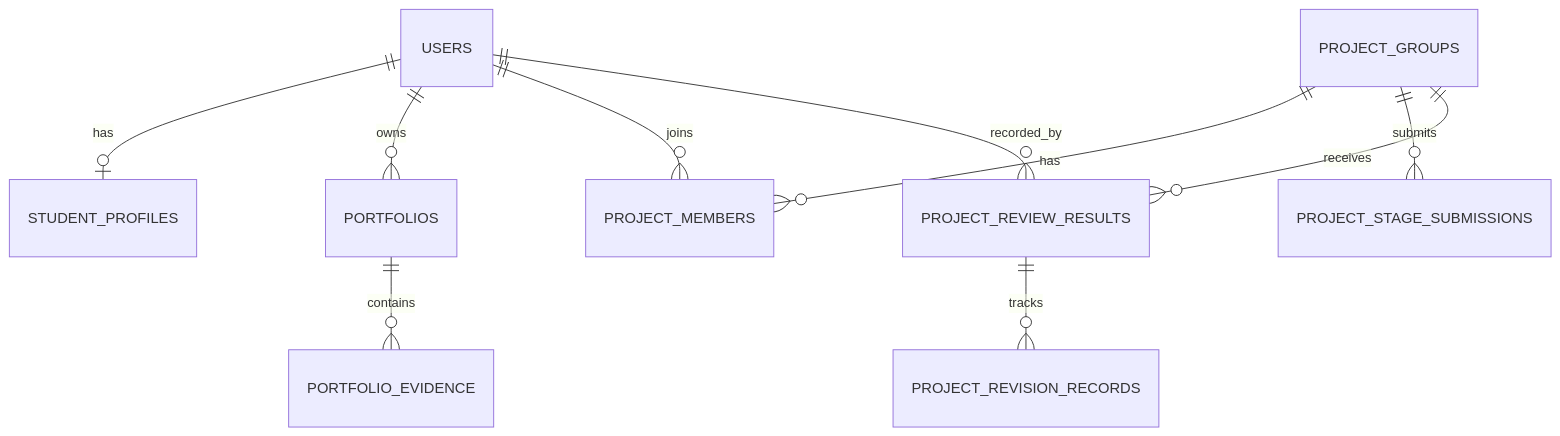
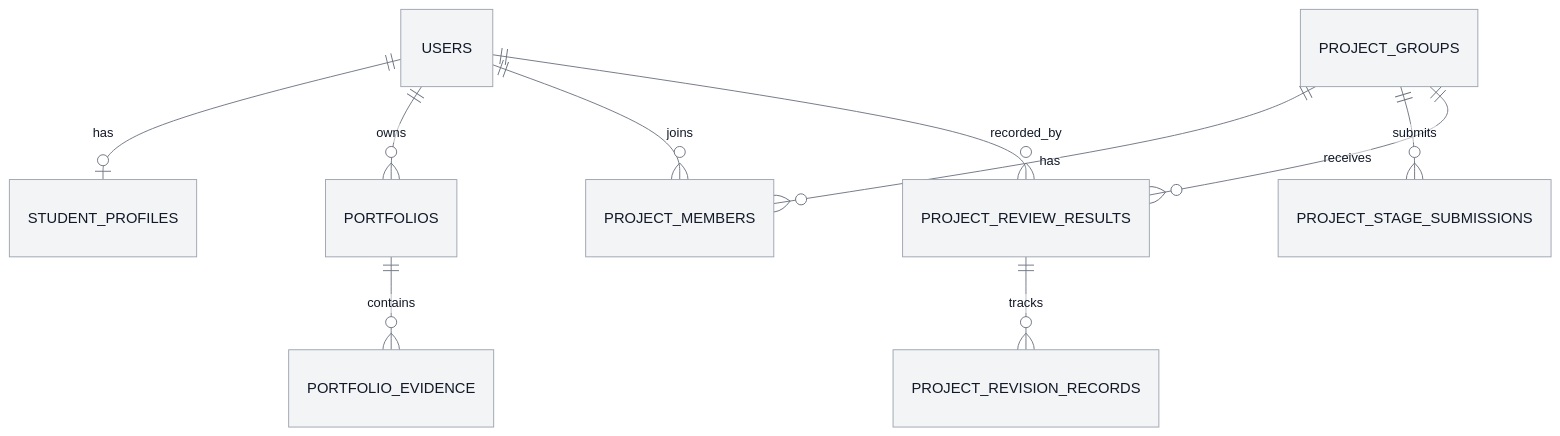
One commit to vujhdcusa/1028 changed the diagram in docs/images/D-09-erd-v2.mmd. Above: the diagram before and after it, drawn with Mermaid. The commit also changed 16 other files, not shown here.

Commit message:
docs: correct learning portfolio flow diagrams

```diff
--- a/docs/images/D-09-erd-v2.mmd
+++ b/docs/images/D-09-erd-v2.mmd
@@ -1,10 +1,11 @@
+%%{init: {'theme':'base','themeVariables': {'fontFamily':'Microsoft JhengHei, Noto Sans TC, Arial, sans-serif','primaryColor':'#F3F4F6','primaryTextColor':'#111827','primaryBorderColor':'#9CA3AF','lineColor':'#6B7280'}}}%%
 erDiagram
     USERS ||--o| STUDENT_PROFILES : has
     USERS ||--o{ PORTFOLIOS : owns
     PORTFOLIOS ||--o{ PORTFOLIO_EVIDENCE : contains
     PROJECT_GROUPS ||--o{ PROJECT_MEMBERS : has
     USERS ||--o{ PROJECT_MEMBERS : joins
     PROJECT_GROUPS ||--o{ PROJECT_STAGE_SUBMISSIONS : submits
     PROJECT_GROUPS ||--o{ PROJECT_REVIEW_RESULTS : receives
     PROJECT_REVIEW_RESULTS ||--o{ PROJECT_REVISION_RECORDS : tracks
     USERS ||--o{ PROJECT_REVIEW_RESULTS : recorded_by
```
